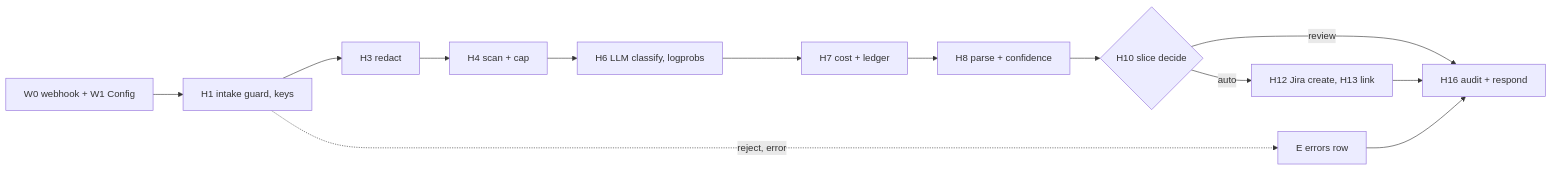
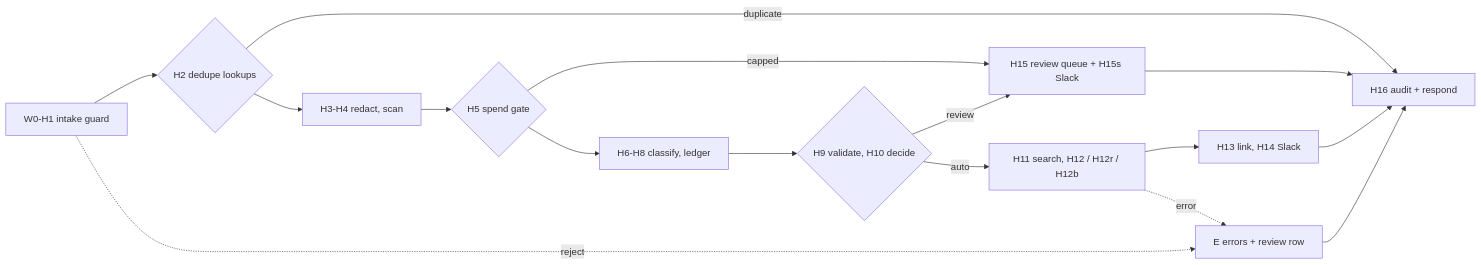
Before and after one commit to beyondalgorithms2026-source/support-triage-n8n: the diagram in .ai/REVIEW.md, drawn with Mermaid. The commit also changed other lines of this file and 30 other files, not shown here.

First line of the commit message:
T4-08: Full controls: validate, decide, idempotency, Slack, queue, error paths

````diff
--- a/.ai/REVIEW.md
+++ b/.ai/REVIEW.md
@@ -10,14 +11,14 @@
 ```mermaid
 flowchart LR
-  W0["W0 webhook + W1 Config"] --> H1["H1 intake guard, keys"]
-  H1 --> H3["H3 redact"]
-  H3 --> H4["H4 scan + cap"]
-  H4 --> H6["H6 LLM classify, logprobs"]
-  H6 --> H7["H7 cost + ledger"]
-  H7 --> H8["H8 parse + confidence"]
-  H8 --> H10{"H10 slice decide"}
-  H10 -->|auto| H12["H12 Jira create, H13 link"]
-  H10 -->|review| H16["H16 audit + respond"]
-  H12 --> H16
-  H1 -.->|reject, error| E["E errors row"] --> H16
+  W["W0-H1 intake guard"] --> H2{"H2 dedupe lookups"}
+  H2 -->|duplicate| A["H16 audit + respond"]
+  H2 --> R["H3-H4 redact, scan"] --> S{"H5 spend gate"}
+  S -->|capped| Q["H15 review queue + H15s Slack"]
+  S --> L["H6-H8 classify, ledger"] --> V{"H9 validate, H10 decide"}
+  V -->|review| Q
+  V -->|auto| J["H11 search, H12 / H12r / H12b"]
+  J --> K["H13 link, H14 Slack"] --> A
+  Q --> A
+  W -.->|reject| E["E errors + review row"] --> A
+  J -.->|error| E
 ```
````
